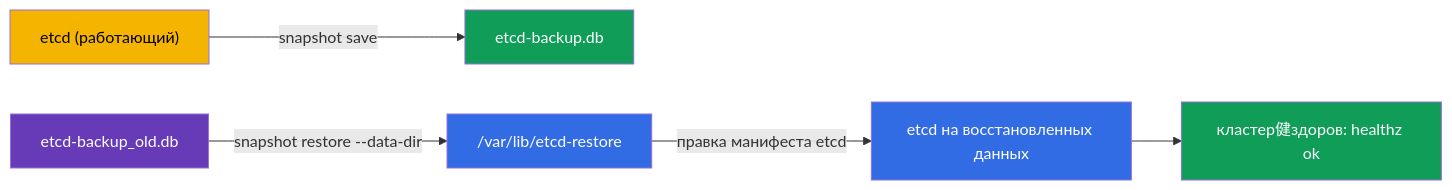
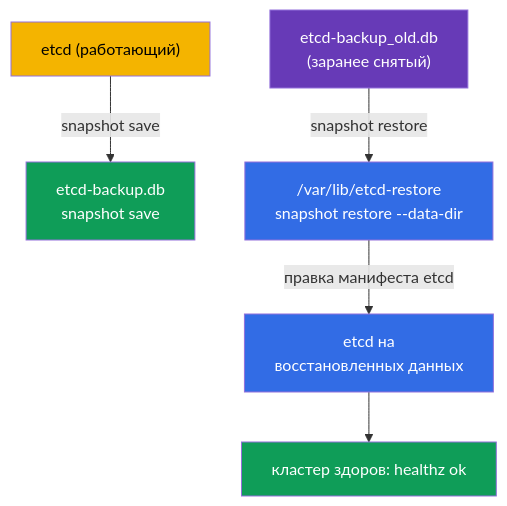
The diagram in tasks/cka/labs/112/README_RU.MD (ViktorUJ/cks), drawn with Mermaid before and after one commit. The commit also changed other lines of this file and 36 other files, not shown here.

````diff
--- a/tasks/cka/labs/112/README_RU.MD
+++ b/tasks/cka/labs/112/README_RU.MD
@@ -28,13 +34,19 @@
 ```mermaid
-flowchart LR
-    a["etcd (работающий)"] -->|"snapshot save"| b["etcd-backup.db"]
-    old["etcd-backup_old.db"] -->|"snapshot restore --data-dir"| c["/var/lib/etcd-restore"]
-    c -->|"правка манифеста etcd"| d["etcd на восстановленных данных"]
-    d --> e["кластер健здоров: healthz ok"]
+flowchart TB
+    a["etcd (работающий)"]
+    b["etcd-backup.db<br>snapshot save"]
+    old["etcd-backup_old.db<br>(заранее снятый)"]
+    c["/var/lib/etcd-restore<br>snapshot restore --data-dir"]
+    d["etcd на<br>восстановленных данных"]
+    e["кластер здоров: healthz ok"]
+    a -->|"snapshot save"| b
+    old -->|"snapshot restore"| c
+    c -->|"правка манифеста etcd"| d
+    d --> e
     style a fill:#f4b400,color:#000
     style b fill:#0f9d58,color:#fff
     style old fill:#673ab7,color:#fff
     style c fill:#326ce5,color:#fff
     style d fill:#326ce5,color:#fff
     style e fill:#0f9d58,color:#fff
 ```
````
